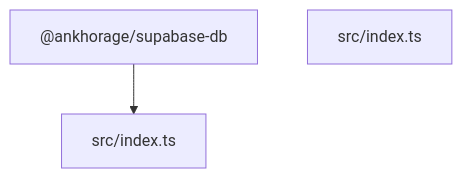
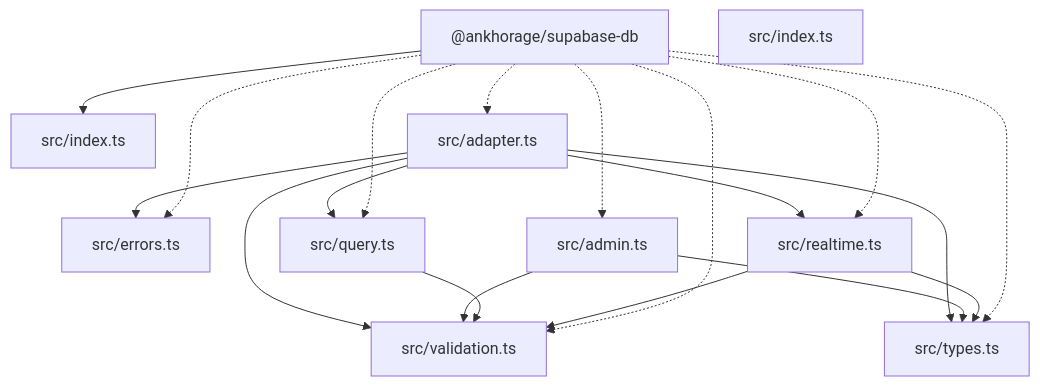
Before and after one commit to ankhorage/supabase-db: the diagram in paradox/diagrams/architecture-overview.mmd, drawn with Mermaid. The commit also changed 14 other files, not shown here.

First line of the commit message:
[adm 5] Move Supabase DB adapter to Contracts 4 (#7)

```diff
--- a/paradox/diagrams/architecture-overview.mmd
+++ b/paradox/diagrams/architecture-overview.mmd
@@ -1,5 +1,29 @@
 graph TD
   package__ankhorage_supabase_db["@ankhorage/supabase-db"]
   entrypoint_src_index_ts["src/index.ts"]
   package__ankhorage_supabase_db --> entrypoint_src_index_ts
+  module_src_adapter_ts["src/adapter.ts"]
+  package__ankhorage_supabase_db -.-> module_src_adapter_ts
+  module_src_adapter_ts --> module_src_errors_ts
+  module_src_adapter_ts --> module_src_query_ts
+  module_src_adapter_ts --> module_src_realtime_ts
+  module_src_adapter_ts --> module_src_types_ts
+  module_src_adapter_ts --> module_src_validation_ts
+  module_src_admin_ts["src/admin.ts"]
+  package__ankhorage_supabase_db -.-> module_src_admin_ts
+  module_src_admin_ts --> module_src_types_ts
+  module_src_admin_ts --> module_src_validation_ts
+  module_src_errors_ts["src/errors.ts"]
+  package__ankhorage_supabase_db -.-> module_src_errors_ts
   module_src_index_ts["src/index.ts"]
+  module_src_query_ts["src/query.ts"]
+  package__ankhorage_supabase_db -.-> module_src_query_ts
+  module_src_query_ts --> module_src_validation_ts
+  module_src_realtime_ts["src/realtime.ts"]
+  package__ankhorage_supabase_db -.-> module_src_realtime_ts
+  module_src_realtime_ts --> module_src_types_ts
+  module_src_realtime_ts --> module_src_validation_ts
+  module_src_types_ts["src/types.ts"]
+  package__ankhorage_supabase_db -.-> module_src_types_ts
+  module_src_validation_ts["src/validation.ts"]
+  package__ankhorage_supabase_db -.-> module_src_validation_ts
```
